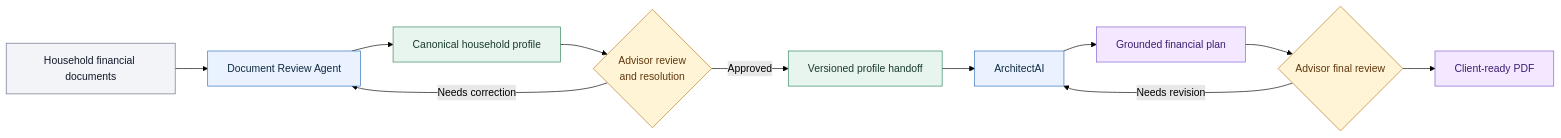
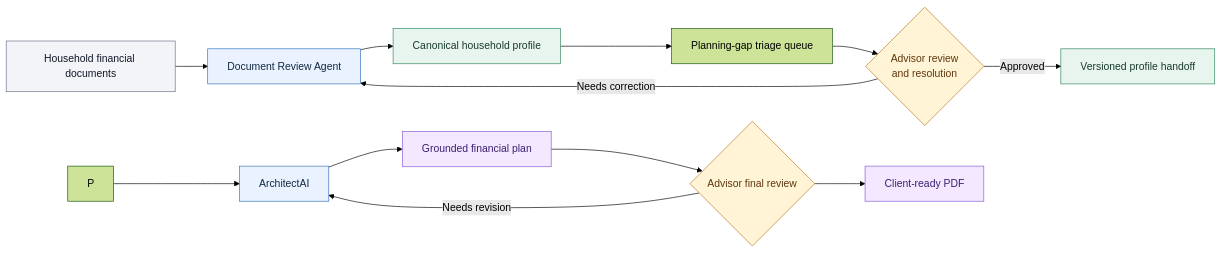
Before and after one commit to ygyzys83/Advisor_Intelligence_Workflow: the first of 3 diagrams in architecture/SYSTEM_ARCHITECTURE.md, drawn with Mermaid (forest theme). The commit also changed other lines of this file and 8 other files, not shown here.

First line of the commit message:
Update portfolio docs for planning-gap triage workflow

````diff
--- a/architecture/SYSTEM_ARCHITECTURE.md
+++ b/architecture/SYSTEM_ARCHITECTURE.md
@@ -7,26 +7,27 @@
 ```mermaid
 flowchart LR
     A["Household financial documents"] --> B["Document Review Agent"]
     B --> C["Canonical household profile"]
-    C --> D{"Advisor review<br/>and resolution"}
+    C --> T["Planning-gap triage queue"]
+    T --> D{"Advisor review<br/>and resolution"}
     D -->|Approved| E["Versioned profile handoff"]
-    E --> F["ArchitectAI"]
+    P --> F["ArchitectAI"]
     F --> G["Grounded financial plan"]
     G --> H{"Advisor final review"}
     H --> I["Client-ready PDF"]
 
     D -->|Needs correction| B
     H -->|Needs revision| F
 
     classDef source fill:#F2F4F7,stroke:#667085,color:#101828;
     classDef system fill:#EAF2FF,stroke:#2E6FBB,color:#102A43;
     classDef human fill:#FFF4D6,stroke:#B7791F,color:#5F370E;
     classDef contract fill:#E8F5EE,stroke:#2F855A,color:#183B2A;
     classDef output fill:#F3E8FF,stroke:#805AD5,color:#3C1E70;
 
     class A source;
     class B,F system;
     class C,E contract;
     class D,H human;
     class G,I output;
 ```
````
